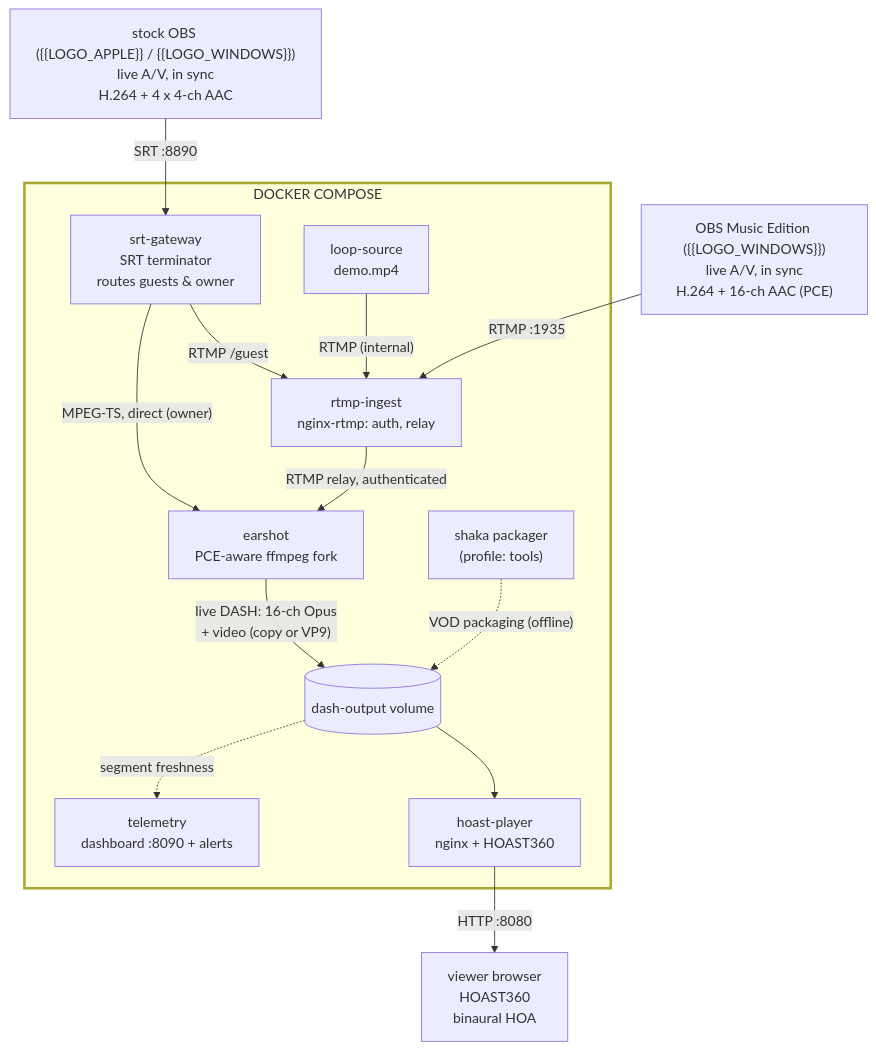
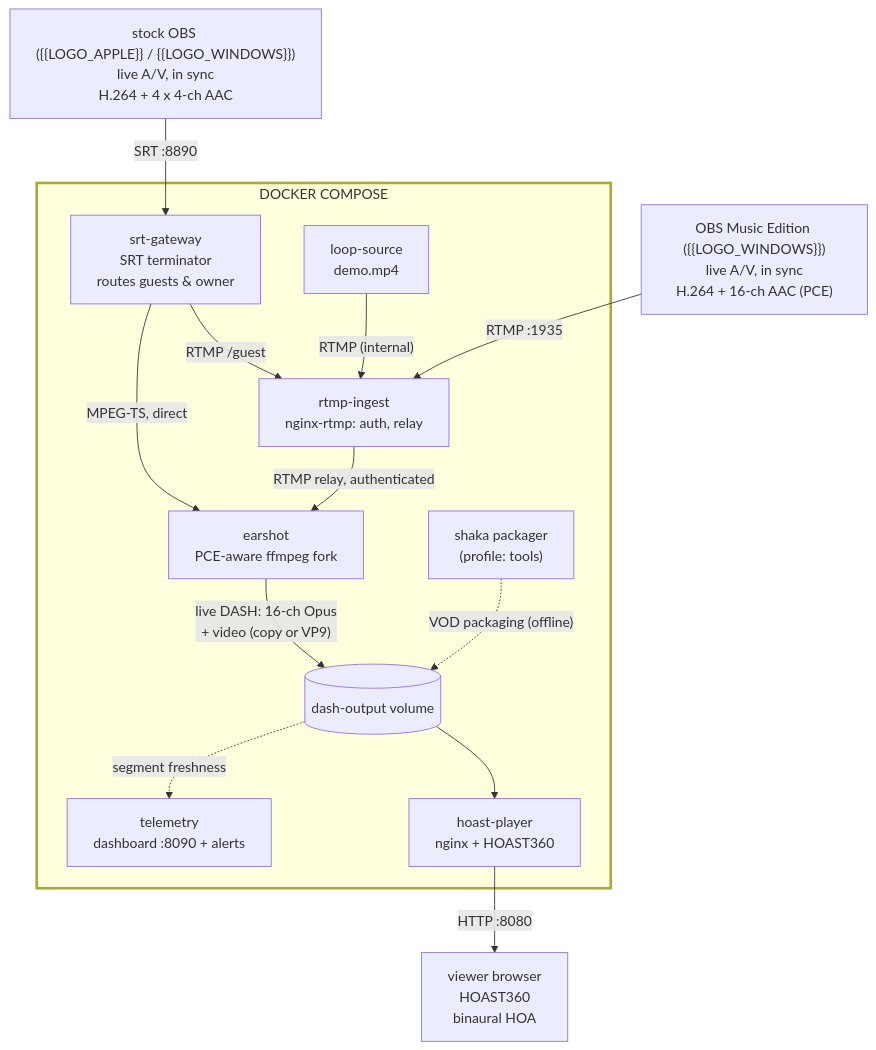
The diagram in docs/architecture/architecture.mmd (mormegil6/ambisonic-box), drawn with Mermaid before and after one commit. The commit also changed 3 other files, not shown here.

First line of the commit message:
Architecture diagram: the direct edge is no longer owner-exclusive

```diff
--- a/docs/architecture/architecture.mmd
+++ b/docs/architecture/architecture.mmd
@@ -1,34 +1,34 @@
 %% Architecture / data-flow diagram for the HOA 360 stream stack.
 %% This is the SOURCE only: dagre's raw layout is rearranged by postprocess.py,
 %% so do not embed a plain `mmdc` render of this. Run ./build.sh to regenerate
 %% architecture.svg / architecture.png. The subgraph deliberately has no
 %% `direction` (a nested one would give the SVG two coordinate systems).
 flowchart TD
     SRTOBS["stock OBS ({{LOGO_APPLE}}&nbsp;/&nbsp;{{LOGO_WINDOWS}})<br/>live A/V, in sync<br/>H.264 + 4 x 4-ch AAC"]
     OBS["OBS Music Edition ({{LOGO_WINDOWS}})<br/>live A/V, in sync<br/>H.264 + 16-ch AAC (PCE)"]
 
     subgraph COMPOSE["DOCKER COMPOSE"]
         GATEWAY["srt-gateway<br/>SRT terminator<br/>routes guests & owner"]
         INGEST["rtmp-ingest<br/>nginx-rtmp: auth, relay"]
         LOOP["loop-source<br/>demo.mp4"]
         EARSHOT["earshot<br/>PCE-aware ffmpeg fork"]
         VOL[("dash-output volume")]
         SHAKA["shaka packager<br/>(profile: tools)"]
         PLAYER["hoast-player<br/>nginx + HOAST360"]
         TELEM["telemetry<br/>dashboard :8090 + alerts"]
     end
 
     VIEWER["viewer browser<br/>HOAST360<br/>binaural HOA"]
 
     SRTOBS -- "SRT :8890" --> GATEWAY
     GATEWAY -- "RTMP /guest" --> INGEST
-    GATEWAY -- "MPEG-TS, direct (owner)" --> EARSHOT
+    GATEWAY -- "MPEG-TS, direct" --> EARSHOT
     OBS -- "RTMP :1935" --> INGEST
     LOOP -- "RTMP (internal)" --> INGEST
     INGEST -- "RTMP relay, authenticated" --> EARSHOT
     EARSHOT -- "live DASH: 16-ch Opus<br/>+ video (copy or VP9)" --> VOL
     SHAKA -. "VOD packaging (offline)" .-> VOL
     VOL --> PLAYER
     PLAYER -- "HTTP :8080" --> VIEWER
     VOL -. "segment freshness" .-> TELEM
     style COMPOSE stroke-width:3px
```
